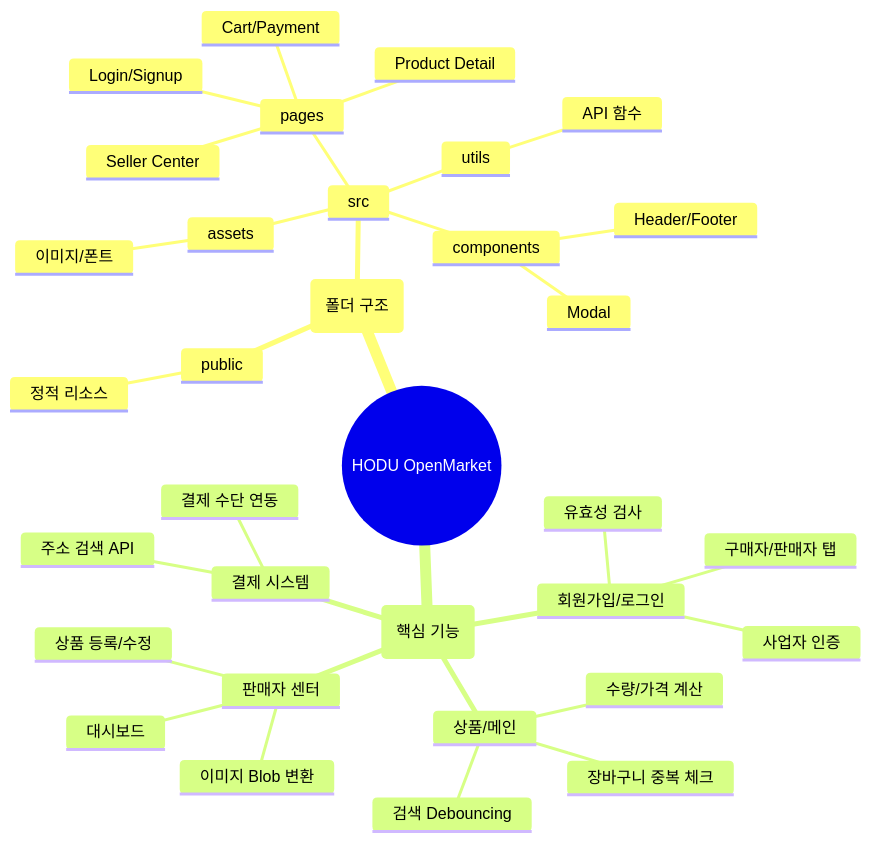
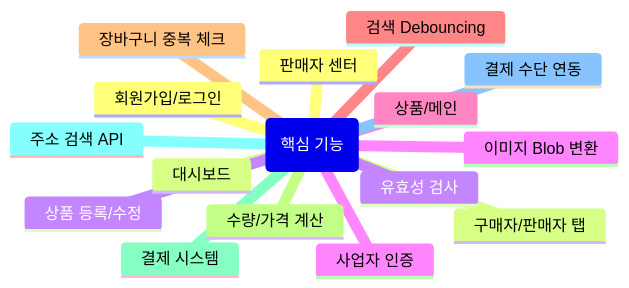
Before and after one commit to DongmyeongBack/openMarket: the first of 3 diagrams in README.md, drawn with Mermaid. The commit also changed other lines of this file, not shown here.

Commit message:
마인드맵 폴더구조 삭제

````diff
--- a/README.md
+++ b/README.md
@@ -8,37 +8,19 @@
 ```mermaid
 mindmap
-  root((HODU OpenMarket))
-    (폴더 구조)
-      public
-        정적 리소스
-      src
-        assets
-          이미지/폰트
-        components
-          Header/Footer
-          Modal
-        pages
-          Cart/Payment
-          Login/Signup
-          Product Detail
-          Seller Center
-        utils
-          API 함수
-    (핵심 기능)
-      회원가입/로그인
-        구매자/판매자 탭
-        유효성 검사
-        사업자 인증
-      상품/메인
-        검색 Debouncing
-        장바구니 중복 체크
-        수량/가격 계산
-      결제 시스템
-        주소 검색 API
-        결제 수단 연동
-      판매자 센터
-        대시보드
-        상품 등록/수정
-        이미지 Blob 변환
-
+(핵심 기능)
+    회원가입/로그인
+    구매자/판매자 탭
+    유효성 검사
+    사업자 인증
+    상품/메인
+    검색 Debouncing
+    장바구니 중복 체크
+    수량/가격 계산
+    결제 시스템
+    주소 검색 API
+    결제 수단 연동
+    판매자 센터
+    대시보드
+    상품 등록/수정
+    이미지 Blob 변환
 ```
````
